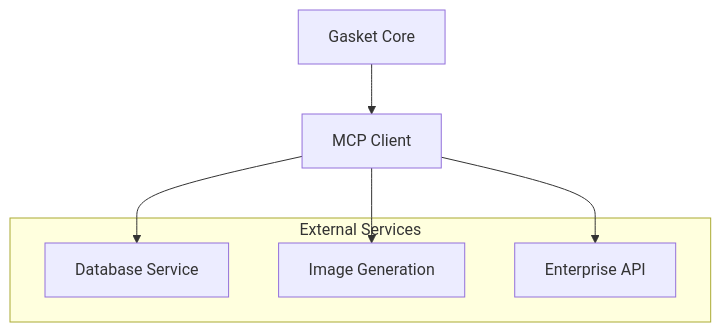
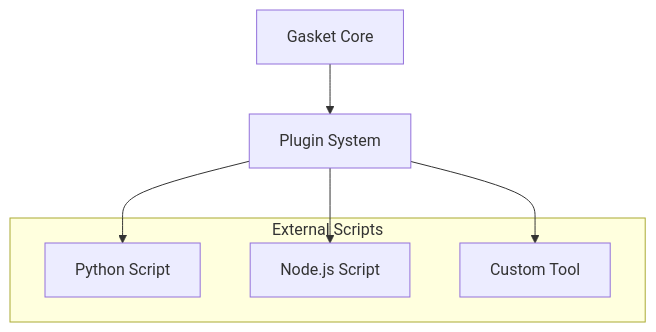
Diagram 16 of 20 in docs/architecture-en.md (yeheng/nanobot-rs), drawn with Mermaid before and after one commit. The commit also changed other lines of this file and 20 other files, not shown here.

````diff
--- a/docs/architecture-en.md
+++ b/docs/architecture-en.md
@@ -470,16 +470,16 @@
 ```mermaid
 flowchart TB
     Gasket[Gasket Core]
-    MCP[MCP Client]
+    Plugin[Plugin System]
     
-    subgraph External_Services["External Services"]
-        S1[Database Service]
-        S2[Image Generation]
-        S3[Enterprise API]
+    subgraph External_Services["External Scripts"]
+        S1[Python Script]
+        S2[Node.js Script]
+        S3[Custom Tool]
     end
     
-    Gasket --> MCP
-    MCP --> S1
-    MCP --> S2
-    MCP --> S3
+    Gasket --> Plugin
+    Plugin --> S1
+    Plugin --> S2
+    Plugin --> S3
 ```
````
